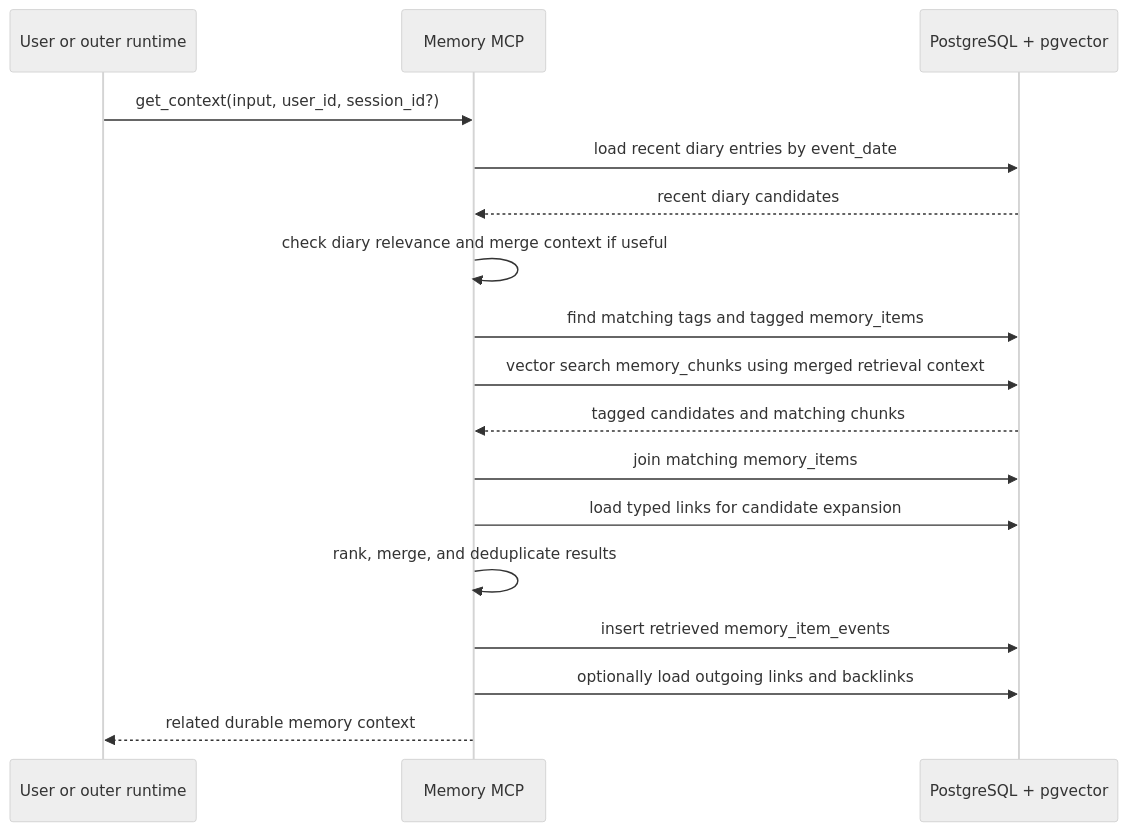
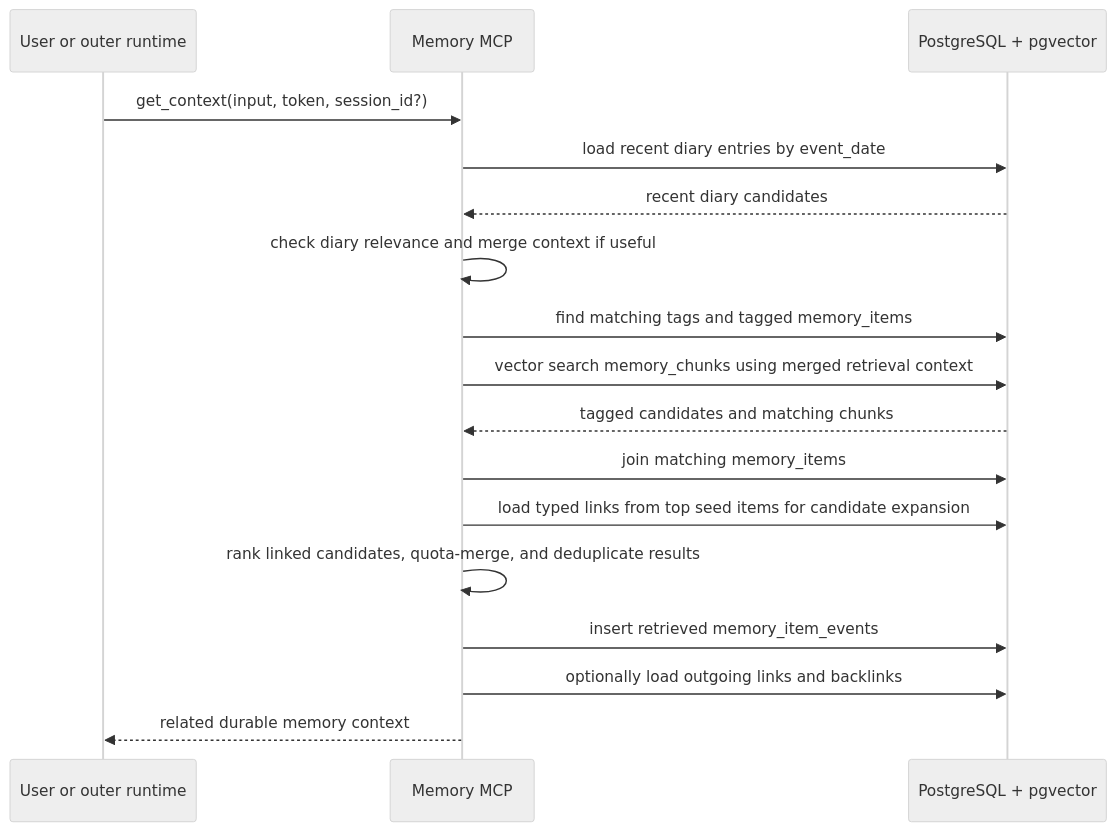
The eighth of 9 diagrams in docs/lifecycle.md (Oceankj/second_brain), drawn with Mermaid (neutral theme) before and after one commit. The commit also changed other lines of this file and 54 other files, not shown here.

````diff
--- a/docs/lifecycle.md
+++ b/docs/lifecycle.md
@@ -142,20 +142,20 @@
 ```mermaid
 sequenceDiagram
   participant Caller as User or outer runtime
   participant MCP as Memory MCP
   participant DB as PostgreSQL + pgvector
 
-  Caller->>MCP: get_context(input, user_id, session_id?)
+  Caller->>MCP: get_context(input, token, session_id?)
   MCP->>DB: load recent diary entries by event_date
   DB-->>MCP: recent diary candidates
   MCP->>MCP: check diary relevance and merge context if useful
   MCP->>DB: find matching tags and tagged memory_items
   MCP->>DB: vector search memory_chunks using merged retrieval context
   DB-->>MCP: tagged candidates and matching chunks
   MCP->>DB: join matching memory_items
-  MCP->>DB: load typed links for candidate expansion
-  MCP->>MCP: rank, merge, and deduplicate results
+  MCP->>DB: load typed links from top seed items for candidate expansion
+  MCP->>MCP: rank linked candidates, quota-merge, and deduplicate results
   MCP->>DB: insert retrieved memory_item_events
   MCP->>DB: optionally load outgoing links and backlinks
   MCP-->>Caller: related durable memory context
 ```
````
